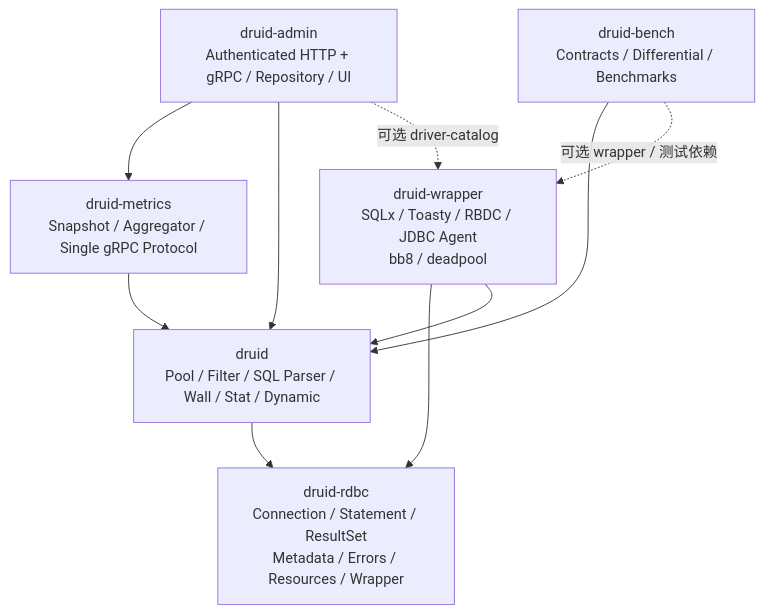
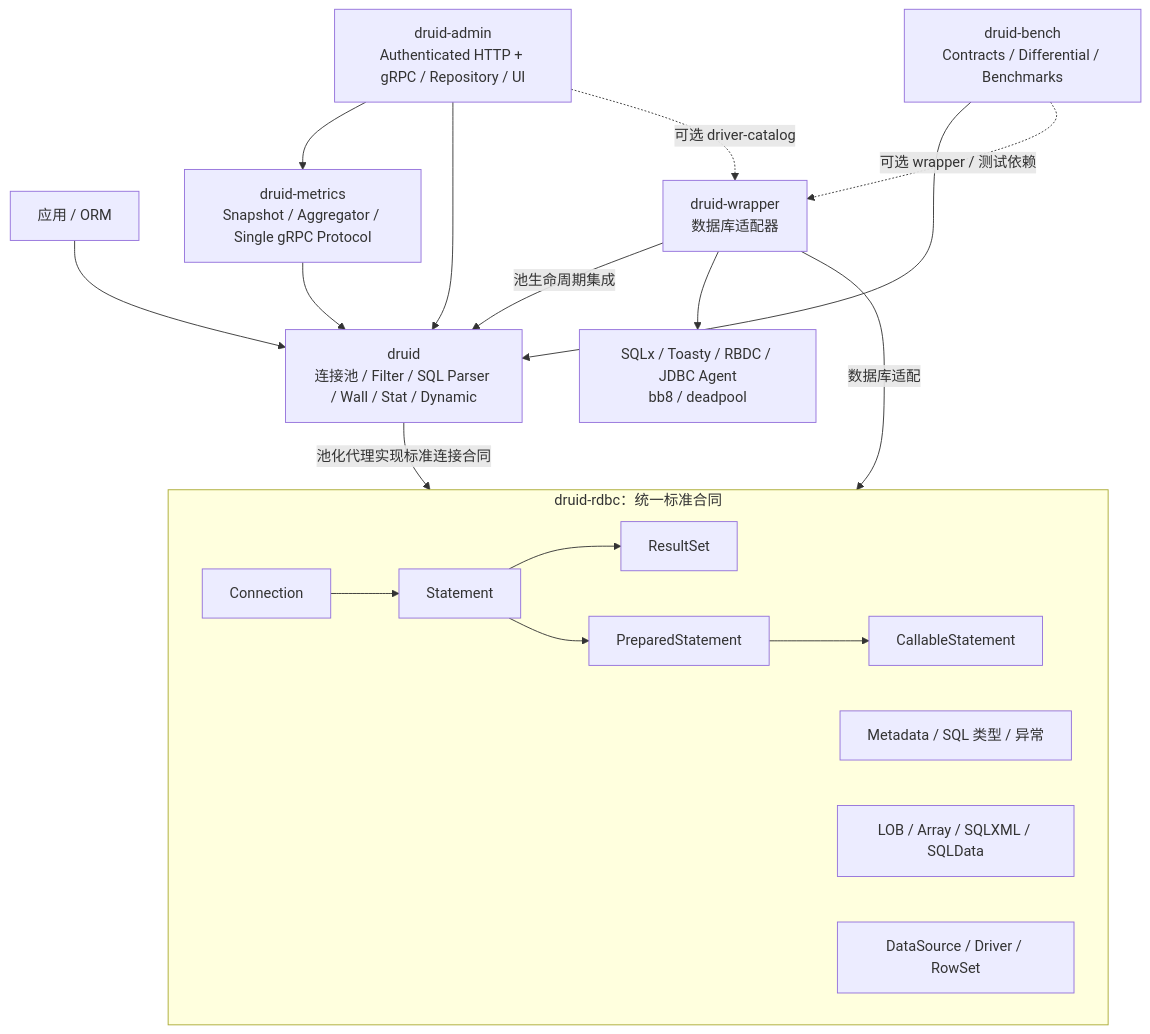
The first of 8 diagrams in docs/druid-rust-Architecture.zh_CN.md (easy-4-rust/druid-rust), drawn with Mermaid before and after one commit. The commit also changed other lines of this file, not shown here.

Commit message:
docs: integrate rdbc contract into architecture diagram

````diff
--- a/docs/druid-rust-Architecture.zh_CN.md
+++ b/docs/druid-rust-Architecture.zh_CN.md
@@ -81,19 +81,29 @@
 ```mermaid
 flowchart TB
-    RDBC["druid-rdbc<br/>Connection / Statement / ResultSet<br/>Metadata / Errors / Resources / Wrapper"]
-    Druid["druid<br/>Pool / Filter / SQL Parser / Wall / Stat / Dynamic"]
-    Wrapper["druid-wrapper<br/>SQLx / Toasty / RBDC / JDBC Agent<br/>bb8 / deadpool"]
+    App["应用 / ORM"]
+    Druid["druid<br/>连接池 / Filter / SQL Parser / Wall / Stat / Dynamic"]
+    Wrapper["druid-wrapper<br/>数据库适配器"]
+    Backends["SQLx / Toasty / RBDC / JDBC Agent<br/>bb8 / deadpool"]
+    subgraph RDBC["druid-rdbc：统一标准合同"]
+        Connection["Connection"] --> Statement["Statement"] --> ResultSet["ResultSet"]
+        Statement --> Prepared["PreparedStatement"] --> Callable["CallableStatement"]
+        Metadata["Metadata / SQL 类型 / 异常"]
+        Resources["LOB / Array / SQLXML / SQLData"]
+        Entrypoints["DataSource / Driver / RowSet"]
+    end
     Metrics["druid-metrics<br/>Snapshot / Aggregator / Single gRPC Protocol"]
     Admin["druid-admin<br/>Authenticated HTTP + gRPC / Repository / UI"]
     Bench["druid-bench<br/>Contracts / Differential / Benchmarks"]
 
-    Druid --> RDBC
-    Wrapper --> RDBC
-    Wrapper --> Druid
+    App --> Druid
+    Druid -->|池化代理实现标准连接合同| RDBC
+    Wrapper -->|数据库适配| RDBC
+    Wrapper -->|池生命周期集成| Druid
+    Wrapper --> Backends
     Metrics --> Druid
     Admin --> Metrics
     Admin --> Druid
     Admin -. "可选 driver-catalog" .-> Wrapper
     Bench --> Druid
     Bench -. "可选 wrapper / 测试依赖" .-> Wrapper
 ```
````
